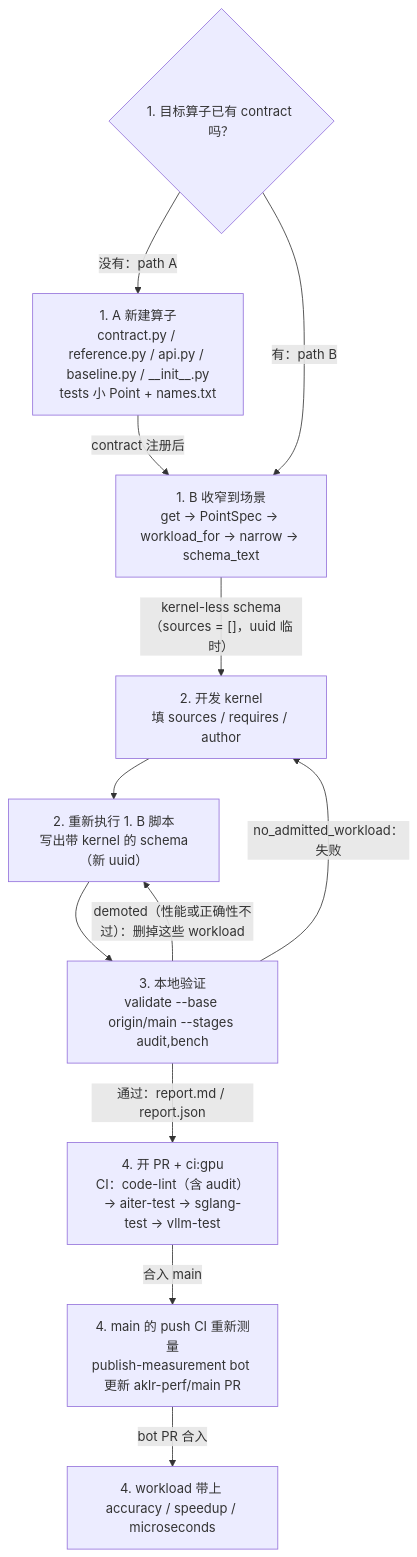
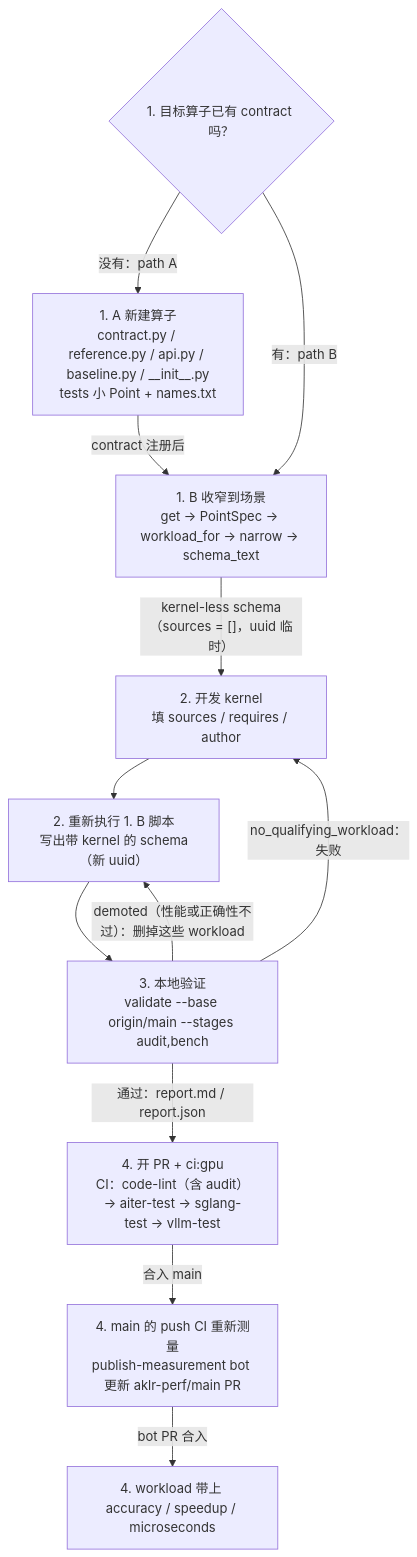
Before and after one commit to AMD-AGI/AKLR: the diagram in docs/ops_tutorial.zh.md, drawn with Mermaid. The commit also changed other lines of this file and 13 other files, not shown here.

Commit message:
refactor(validation): keep main's finding code no_qualifying_workload

````diff
--- a/docs/ops_tutorial.zh.md
+++ b/docs/ops_tutorial.zh.md
@@ -13,14 +13,14 @@
 ```mermaid
 flowchart TD
     S{"1. 目标算子已有 contract 吗？"} -->|"没有：path A"| A["1. A 新建算子<br/>contract.py / reference.py / api.py / baseline.py / __init__.py<br/>tests 小 Point + names.txt"]
     S -->|"有：path B"| B["1. B 收窄到场景<br/>get → PointSpec → workload_for → narrow → schema_text"]
     A -->|"contract 注册后"| B
     B -->|"kernel-less schema<br/>（sources = []，uuid 临时）"| D["2. 开发 kernel<br/>填 sources / requires / author"]
     D --> R["2. 重新执行 1. B 脚本<br/>写出带 kernel 的 schema（新 uuid）"]
     R --> V["3. 本地验证<br/>validate --base origin/main --stages audit,bench"]
-    V -->|"no_admitted_workload：失败"| D
+    V -->|"no_qualifying_workload：失败"| D
     V -->|"demoted（性能或正确性不过）：删掉这些 workload"| R
     V -->|"通过：report.md / report.json"| P["4. 开 PR + ci:gpu<br/>CI：code-lint（含 audit）→ aiter-test → sglang-test → vllm-test"]
     P -->|"合入 main"| M["4. main 的 push CI 重新测量<br/>publish-measurement bot 更新 aklr-perf/main PR"]
     M -->|"bot PR 合入"| N["4. workload 带上 accuracy / speedup / microseconds"]
 ```
````
